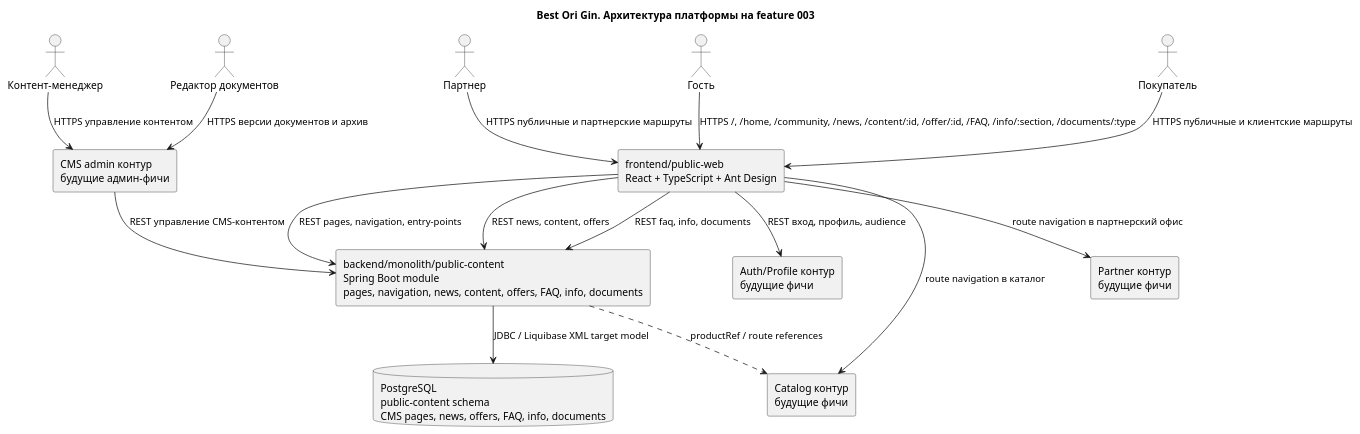
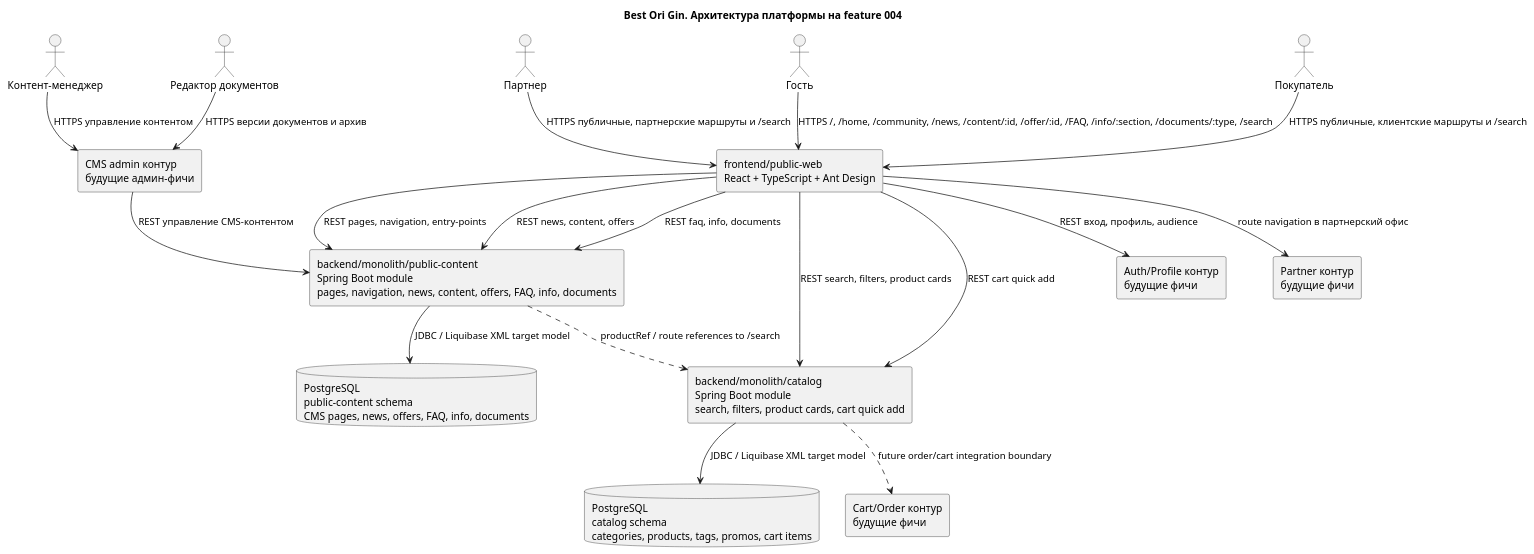
The diagram in agents/architecture/architecture.plantuml (alextaralexander/ai_ori_test), drawn with PlantUML before and after one commit. The commit also changed 54 other files, not shown here.

Commit message:
agents_app2: complete feature #4 каталог_и_поиск_товаров

```diff
--- a/agents/architecture/architecture.plantuml
+++ b/agents/architecture/architecture.plantuml
@@ -1,36 +1,41 @@
 @startuml
-title Best Ori Gin. Архитектура платформы на feature 003
+title Best Ori Gin. Архитектура платформы на feature 004
 
 skinparam componentStyle rectangle
 
 actor "Гость" as Guest
 actor "Покупатель" as Customer
 actor "Партнер" as Partner
 actor "Контент-менеджер" as ContentManager
 actor "Редактор документов" as LegalEditor
 
 component "frontend/public-web\nReact + TypeScript + Ant Design" as PublicWeb
 component "backend/monolith/public-content\nSpring Boot module\npages, navigation, news, content, offers, FAQ, info, documents" as PublicContent
+component "backend/monolith/catalog\nSpring Boot module\nsearch, filters, product cards, cart quick add" as Catalog
 database "PostgreSQL\npublic-content schema\nCMS pages, news, offers, FAQ, info, documents" as PublicDb
+database "PostgreSQL\ncatalog schema\ncategories, products, tags, promos, cart items" as CatalogDb
 component "CMS admin контур\nбудущие админ-фичи" as CmsAdmin
 component "Auth/Profile контур\nбудущие фичи" as AuthProfile
-component "Catalog контур\nбудущие фичи" as Catalog
+component "Cart/Order контур\nбудущие фичи" as CartOrder
 component "Partner контур\nбудущие фичи" as PartnerArea
 
-Guest --> PublicWeb : HTTPS /, /home, /community, /news, /content/:id, /offer/:id, /FAQ, /info/:section, /documents/:type
-Customer --> PublicWeb : HTTPS публичные и клиентские маршруты
-Partner --> PublicWeb : HTTPS публичные и партнерские маршруты
+Guest --> PublicWeb : HTTPS /, /home, /community, /news, /content/:id, /offer/:id, /FAQ, /info/:section, /documents/:type, /search
+Customer --> PublicWeb : HTTPS публичные, клиентские маршруты и /search
+Partner --> PublicWeb : HTTPS публичные, партнерские маршруты и /search
 ContentManager --> CmsAdmin : HTTPS управление контентом
 LegalEditor --> CmsAdmin : HTTPS версии документов и архив
 
 PublicWeb --> PublicContent : REST pages, navigation, entry-points
 PublicWeb --> PublicContent : REST news, content, offers
 PublicWeb --> PublicContent : REST faq, info, documents
+PublicWeb --> Catalog : REST search, filters, product cards
+PublicWeb --> Catalog : REST cart quick add
 PublicContent --> PublicDb : JDBC / Liquibase XML target model
+Catalog --> CatalogDb : JDBC / Liquibase XML target model
 CmsAdmin --> PublicContent : REST управление CMS-контентом
 PublicWeb --> AuthProfile : REST вход, профиль, audience
-PublicWeb --> Catalog : route navigation в каталог
-PublicContent ..> Catalog : productRef / route references
+PublicContent ..> Catalog : productRef / route references to /search
+Catalog ..> CartOrder : future order/cart integration boundary
 PublicWeb --> PartnerArea : route navigation в партнерский офис
 
 @enduml
```
